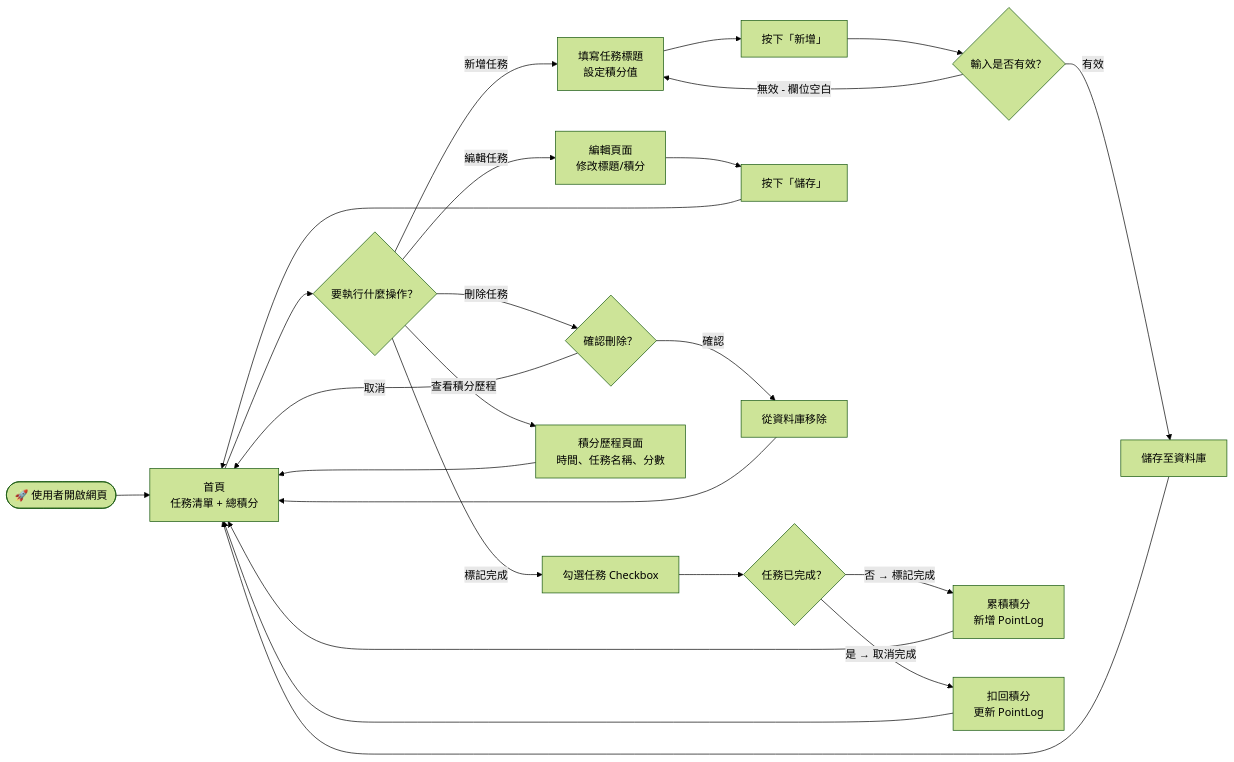
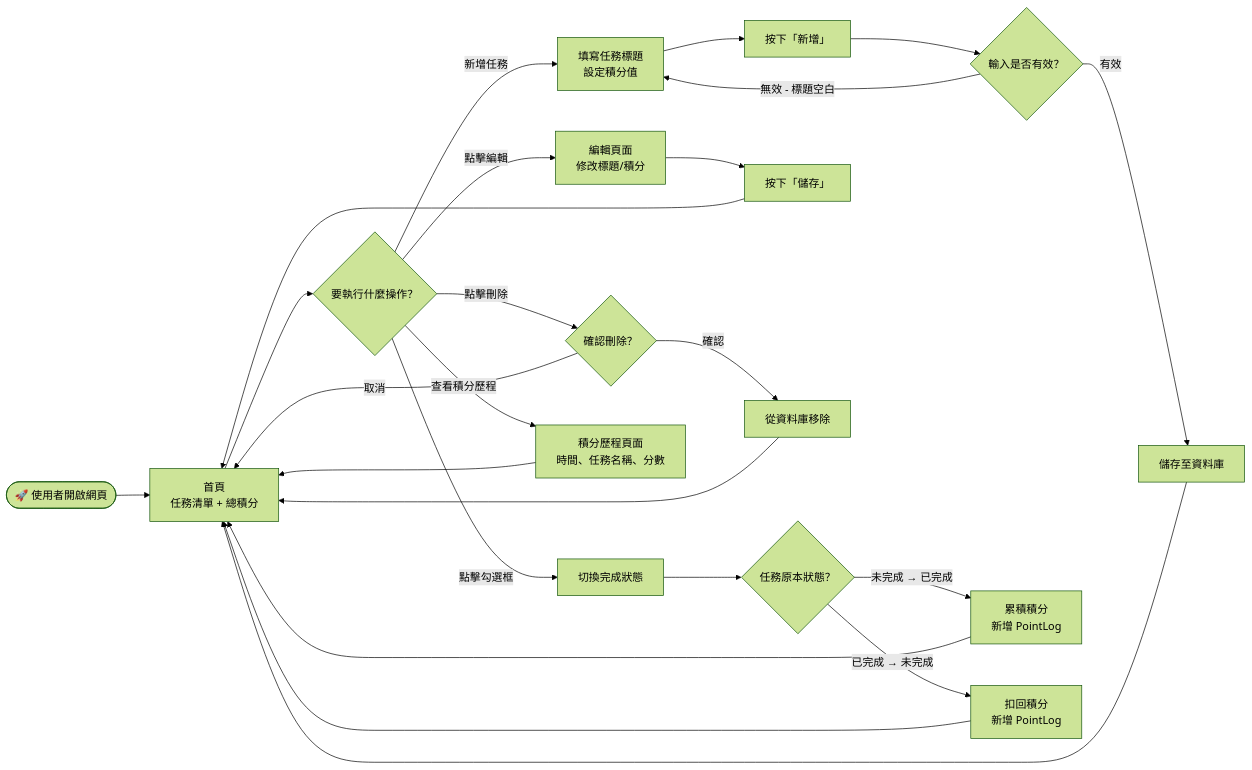
Before and after one commit to qingyuzhong933-wq/web_app_development: the first of 3 diagrams in docs/FLOWCHART.md, drawn with Mermaid (forest theme). The commit also changed other lines of this file, not shown here.

Commit message:
docs: add user flowchart

````diff
--- a/docs/FLOWCHART.md
+++ b/docs/FLOWCHART.md
@@ -14,37 +14,37 @@
 ```mermaid
 flowchart LR
     Start([🚀 使用者開啟網頁]) --> Home[首頁\n任務清單 + 總積分]
-
+    
     Home --> Action{要執行什麼操作？}
-
+    
     %% 新增任務
     Action -->|新增任務| AddForm[填寫任務標題\n設定積分值]
     AddForm --> Submit[按下「新增」]
     Submit --> Validate{輸入是否有效？}
     Validate -->|有效| SaveTask[儲存至資料庫]
     SaveTask --> Home
-    Validate -->|無效 - 欄位空白| AddForm
-
-    %% 標記完成
-    Action -->|標記完成| Toggle[勾選任務 Checkbox]
-    Toggle --> AlreadyDone{任務已完成？}
-    AlreadyDone -->|否 → 標記完成| AddPoint[累積積分\n新增 PointLog]
-    AlreadyDone -->|是 → 取消完成| SubPoint[扣回積分\n更新 PointLog]
-    AddPoint --> Home
-    SubPoint --> Home
-
+    Validate -->|無效 - 標題空白| AddForm
+    
+    %% 標記完成 / 取消完成
+    Action -->|點擊勾選框| Toggle[切換完成狀態]
+    Toggle --> TaskStatus{任務原本狀態？}
+    TaskStatus -->|未完成 → 已完成| AddPoints[累積積分\n新增 PointLog]
+    TaskStatus -->|已完成 → 未完成| SubPoints[扣回積分\n新增 PointLog]
+    AddPoints --> Home
+    SubPoints --> Home
+    
     %% 編輯任務
-    Action -->|編輯任務| EditForm[編輯頁面\n修改標題/積分]
-    EditForm --> SaveEdit[按下「儲存」]
+    Action -->|點擊編輯| EditPage[編輯頁面\n修改標題/積分]
+    EditPage --> SaveEdit[按下「儲存」]
     SaveEdit --> Home
-
+    
     %% 刪除任務
-    Action -->|刪除任務| Confirm{確認刪除？}
+    Action -->|點擊刪除| Confirm{確認刪除？}
+    Confirm -->|確認| DeleteTask[從資料庫移除]
     Confirm -->|取消| Home
-    Confirm -->|確認| DeleteTask[從資料庫移除]
     DeleteTask --> Home
-
+    
     %% 查看積分歷程
     Action -->|查看積分歷程| LogPage[積分歷程頁面\n時間、任務名稱、分數]
     LogPage --> Home
 ```
````
